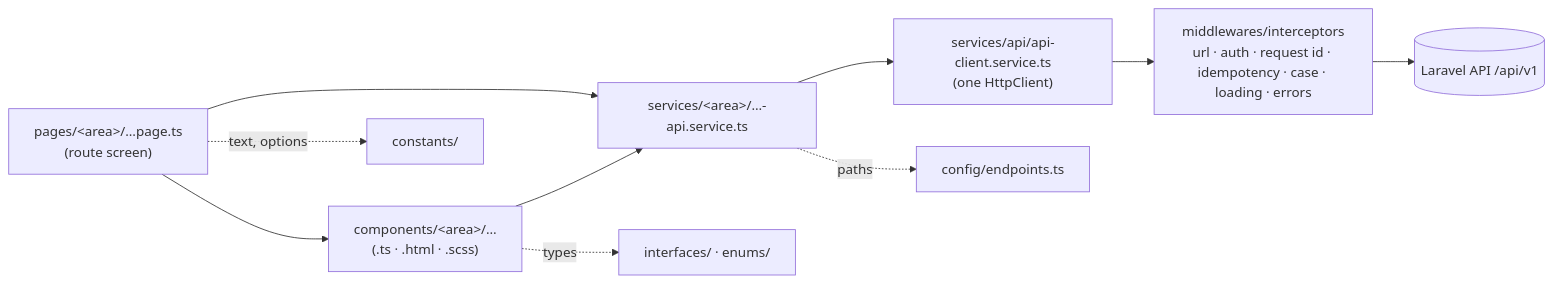
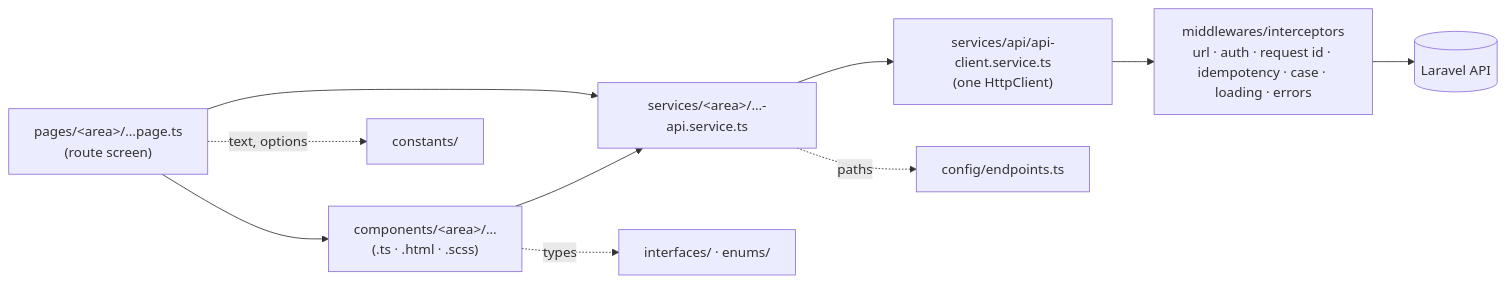
One commit to HussainALAradi5/e_clinic_client changed the second of 2 diagrams in README.md. Above: the diagram before and after it, drawn with Mermaid. The commit also changed other lines of this file and 6 other files, not shown here.

````diff
--- a/README.md
+++ b/README.md
@@ -68,12 +68,12 @@
 ```mermaid
 flowchart LR
     page["pages/&lt;area&gt;/…page.ts<br/>(route screen)"] --> comp["components/&lt;area&gt;/…<br/>(.ts · .html · .scss)"]
     page --> svc["services/&lt;area&gt;/…-api.service.ts"]
     comp --> svc
     svc --> api["services/api/api-client.service.ts<br/>(one HttpClient)"]
     api --> mw["middlewares/interceptors<br/>url · auth · request id · idempotency · case · loading · errors"]
-    mw --> server[("Laravel API /api/v1")]
+    mw --> server[("Laravel API")]
     page -. text, options .-> const["constants/"]
     comp -. types .-> ifc["interfaces/ · enums/"]
     svc -. paths .-> cfg["config/endpoints.ts"]
 ```
````
